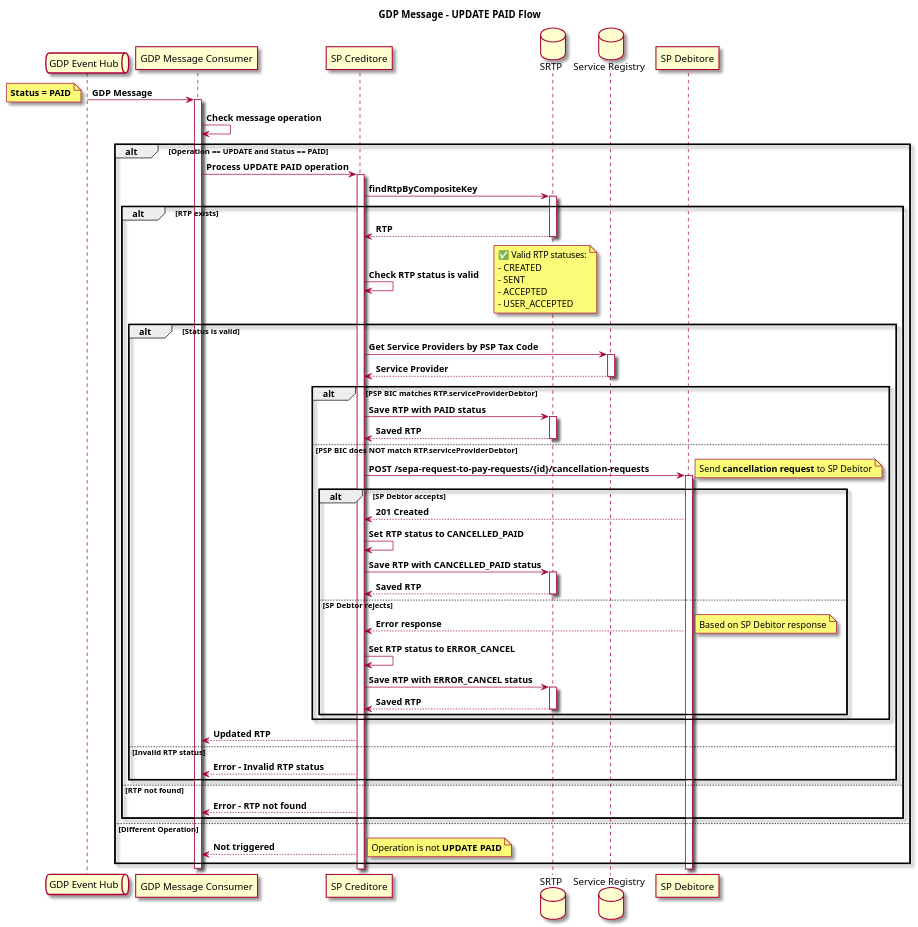
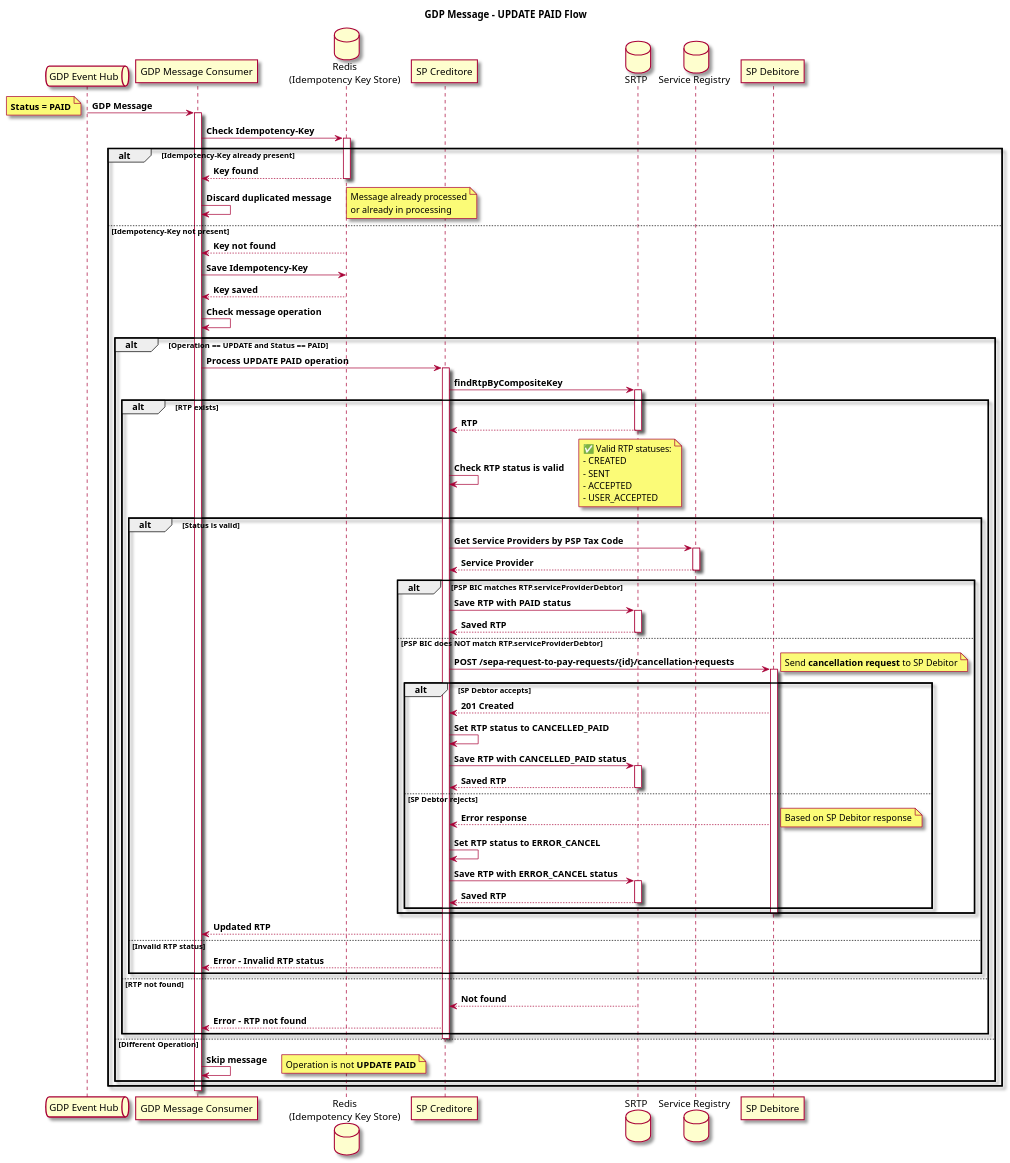
Before and after one commit to pagopa/rtp-docs: the diagram in diagrams/update-paid-queue-schema.puml, drawn with PlantUML. The commit also changed 1 other file, not shown here.

Commit message:
feat: [SRTP-1566] add redis to update paid schema

```diff
--- a/diagrams/update-paid-queue-schema.puml
+++ b/diagrams/update-paid-queue-schema.puml
@@ -1,93 +1,121 @@
 @startuml
 skin rose
 title GDP Message - **UPDATE PAID** Flow
 
 queue "GDP Event Hub" as Queue
 participant "GDP Message Consumer" as Consumer
+database "Redis\n(Idempotency Key Store)" as REDIS
 participant "SP Creditore" as SPC
 database "SRTP" as SRTP
 database "Service Registry" as Registry
 participant "SP Debitore" as SPD
 
 Queue -> Consumer: **GDP Message**
 note left: **Status = PAID**
 
 activate Consumer
-Consumer -> Consumer: **Check message operation**
-alt **Operation == UPDATE** and **Status == PAID**
-  Consumer -> SPC: **Process UPDATE PAID operation**
-  activate SPC
 
-  SPC -> SRTP: **findRtpByCompositeKey**
-  activate SRTP
+Consumer -> REDIS: **Check Idempotency-Key**
+activate REDIS
 
-  alt **RTP exists**
-    SRTP --> SPC: **RTP**
-    deactivate SRTP
+alt **Idempotency-Key already present**
+  REDIS --> Consumer: **Key found**
+  deactivate REDIS
 
-    SPC -> SPC: **Check RTP status is valid**
-    note right
-      ✅ Valid RTP statuses:
-      - CREATED
-      - SENT
-      - ACCEPTED
-      - USER_ACCEPTED
-    end note
+  Consumer -> Consumer: **Discard duplicated message**
+  note right
+    Message already processed
+    or already in processing
+  end note
 
-    alt **Status is valid**
-      SPC -> Registry: **Get Service Providers by PSP Tax Code**
-      activate Registry
-      Registry --> SPC: **Service Provider**
-      deactivate Registry
+else **Idempotency-Key not present**
+  REDIS --> Consumer: **Key not found**
+  Consumer -> REDIS: **Save Idempotency-Key**
+  REDIS --> Consumer: **Key saved**
+  deactivate REDIS
 
-      alt **PSP BIC matches** RTP.serviceProviderDebtor
-        SPC -> SRTP: **Save RTP with PAID status**
-        activate SRTP
-        SRTP --> SPC: **Saved RTP**
-        deactivate SRTP
+  Consumer -> Consumer: **Check message operation**
 
-      else **PSP BIC does NOT match** RTP.serviceProviderDebtor
-        SPC -> SPD: **POST /sepa-request-to-pay-requests/{id}/cancellation-requests**
-        note right: Send **cancellation request** to SP Debitor
-        activate SPD
+  alt **Operation == UPDATE** and **Status == PAID**
+    Consumer -> SPC: **Process UPDATE PAID operation**
+    activate SPC
 
-        alt **SP Debtor accepts**
-          SPD --> SPC: **201 Created**
+    SPC -> SRTP: **findRtpByCompositeKey**
+    activate SRTP
 
-          SPC -> SPC: **Set RTP status to CANCELLED_PAID**
+    alt **RTP exists**
+      SRTP --> SPC: **RTP**
+      deactivate SRTP
 
-          SPC -> SRTP: **Save RTP with CANCELLED_PAID status**
+      SPC -> SPC: **Check RTP status is valid**
+      note right
+        ✅ Valid RTP statuses:
+        - CREATED
+        - SENT
+        - ACCEPTED
+        - USER_ACCEPTED
+      end note
+
+      alt **Status is valid**
+        SPC -> Registry: **Get Service Providers by PSP Tax Code**
+        activate Registry
+        Registry --> SPC: **Service Provider**
+        deactivate Registry
+
+        alt **PSP BIC matches** RTP.serviceProviderDebtor
+          SPC -> SRTP: **Save RTP with PAID status**
           activate SRTP
           SRTP --> SPC: **Saved RTP**
           deactivate SRTP
 
-        else **SP Debtor rejects**
-          SPD --> SPC: **Error response**
-          note right: Based on SP Debitor response
+        else **PSP BIC does NOT match** RTP.serviceProviderDebtor
+          SPC -> SPD: **POST /sepa-request-to-pay-requests/{id}/cancellation-requests**
+          note right: Send **cancellation request** to SP Debitor
+          activate SPD
 
-          SPC -> SPC: **Set RTP status to ERROR_CANCEL**
+          alt **SP Debtor accepts**
+            SPD --> SPC: **201 Created**
+            SPC -> SPC: **Set RTP status to CANCELLED_PAID**
 
-          SPC -> SRTP: **Save RTP with ERROR_CANCEL status**
-          activate SRTP
-          SRTP --> SPC: **Saved RTP**
-          deactivate SRTP
+            SPC -> SRTP: **Save RTP with CANCELLED_PAID status**
+            activate SRTP
+            SRTP --> SPC: **Saved RTP**
+            deactivate SRTP
+
+          else **SP Debtor rejects**
+            SPD --> SPC: **Error response**
+            note right: Based on SP Debitor response
+
+            SPC -> SPC: **Set RTP status to ERROR_CANCEL**
+
+            SPC -> SRTP: **Save RTP with ERROR_CANCEL status**
+            activate SRTP
+            SRTP --> SPC: **Saved RTP**
+            deactivate SRTP
+          end
+
+          deactivate SPD
         end
+
+        SPC --> Consumer: **Updated RTP**
+
+      else **Invalid RTP status**
+        SPC --> Consumer: **Error – Invalid RTP status**
       end
 
-      SPC --> Consumer: **Updated RTP**
-
-    else **Invalid RTP status**
-      SPC --> Consumer: **Error – Invalid RTP status**
+    else **RTP not found**
+      SRTP --> SPC: **Not found**
+      deactivate SRTP
+      SPC --> Consumer: **Error – RTP not found**
     end
 
-  else **RTP not found**
-    SPC --> Consumer: **Error – RTP not found**
+    deactivate SPC
+
+  else **Different Operation**
+    Consumer -> Consumer: **Skip message**
+    note right: Operation is not **UPDATE PAID**
   end
-
-else **Different Operation**
-  SPC --> Consumer: **Not triggered**
-  note right: Operation is not **UPDATE PAID**
 end
 
 deactivate Consumer
 @enduml
```
